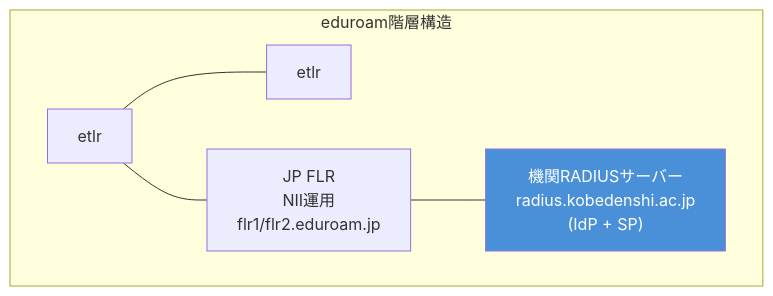
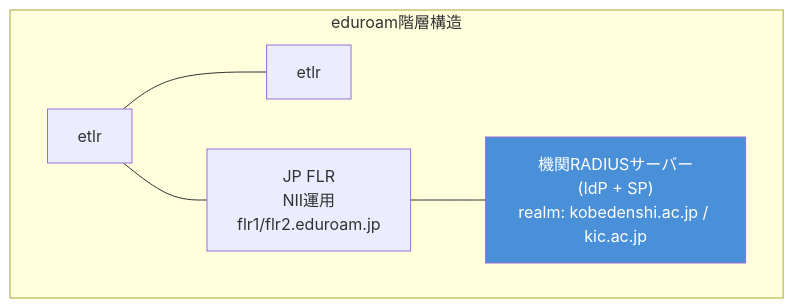
One commit to yuu61/eduroam-docker changed the first of 9 diagrams in docs/infrastructure/architecture.md. Above: the diagram before and after it, drawn with Mermaid. The commit also changed other lines of this file and 13 other files, not shown here.

````diff
--- a/docs/infrastructure/architecture.md
+++ b/docs/infrastructure/architecture.md
@@ -27,10 +27,10 @@
 ```mermaid
 graph TD
     subgraph eduroam階層構造
         ETLR1[etlr] --- ETLR2[etlr]
         ETLR1 --- FLR["JP FLR<br>NII運用<br>flr1/flr2.eduroam.jp"]
-        FLR --- RADIUS["機関RADIUSサーバー<br>radius.kobedenshi.ac.jp<br>(IdP + SP)"]
+        FLR --- RADIUS["機関RADIUSサーバー<br>(IdP + SP)<br>realm: kobedenshi.ac.jp / kic.ac.jp"]
     end
 
     style RADIUS fill:#4a90d9,color:#fff
 ```
````
